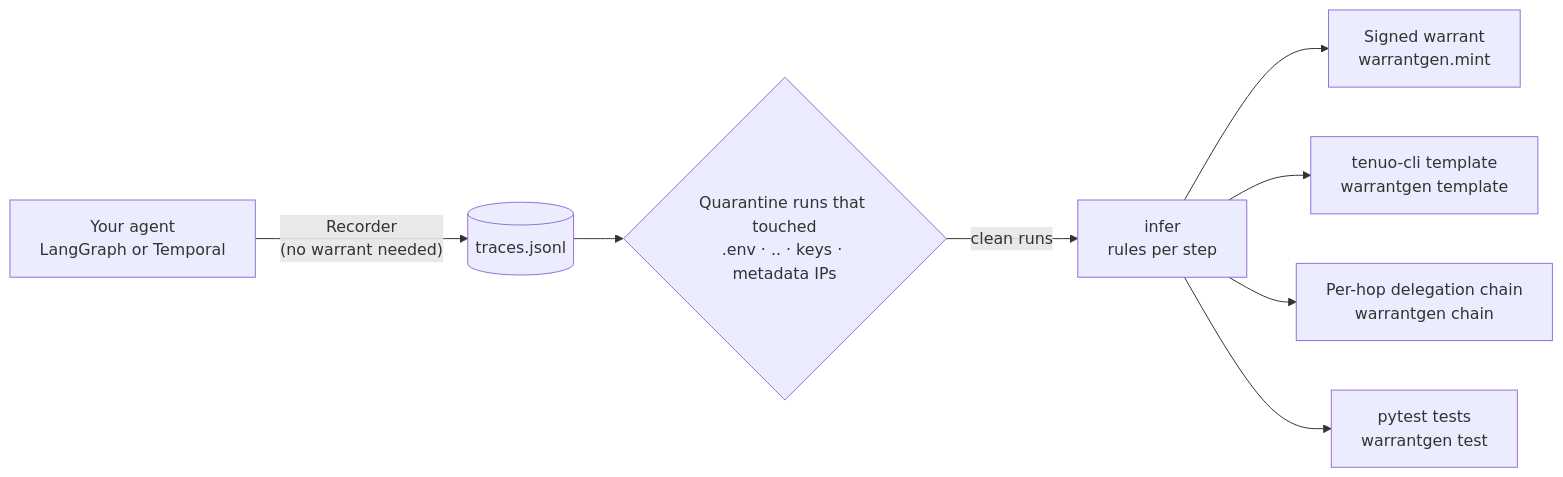
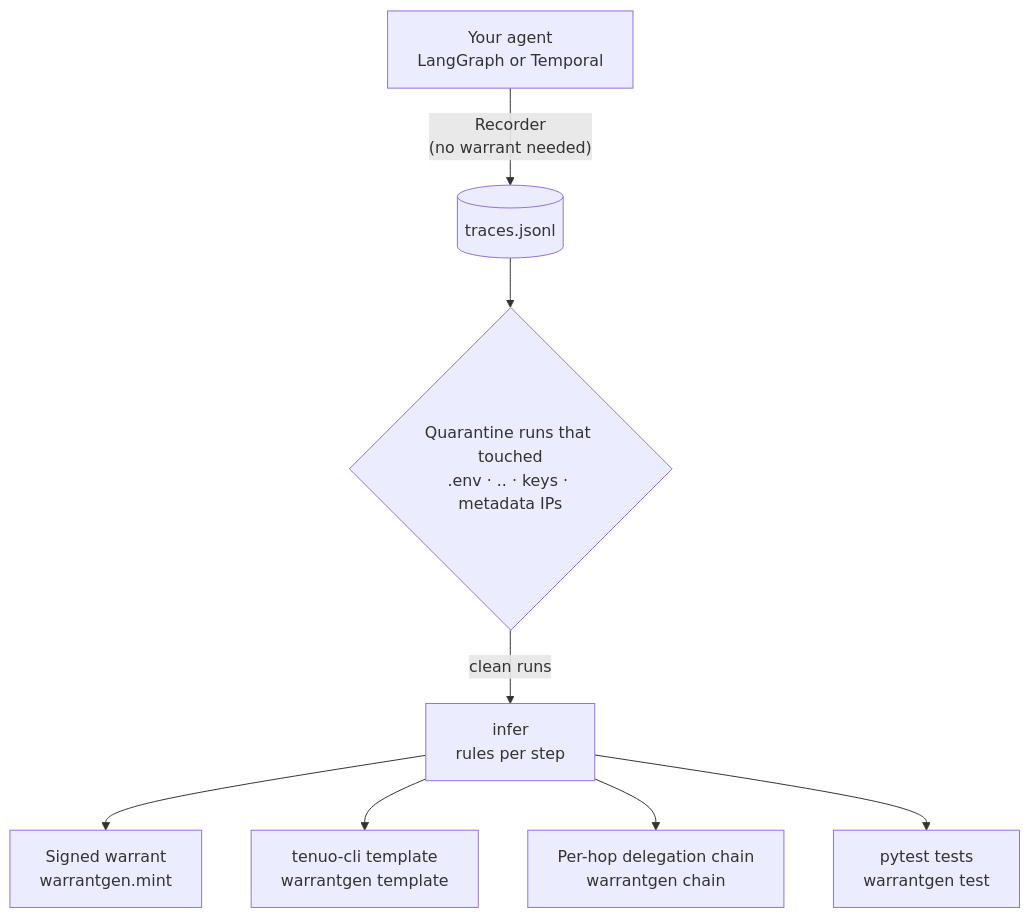
One commit to RajanChavada/warrantgen changed the first of 2 diagrams in README.md. Above: the diagram before and after it, drawn with Mermaid. The commit also changed other lines of this file, not shown here.

````diff
--- a/README.md
+++ b/README.md
@@ -12,10 +12,10 @@
 ```mermaid
-flowchart LR
+flowchart TD
     A["Your agent<br/>LangGraph or Temporal"] -- "Recorder<br/>(no warrant needed)" --> T[("traces.jsonl")]
     T --> Q{"Quarantine runs that touched<br/>.env · .. · keys · metadata IPs"}
     Q -- "clean runs" --> I["infer<br/>rules per step"]
     I --> W["Signed warrant<br/>warrantgen.mint"]
     I --> Y["tenuo-cli template<br/>warrantgen template"]
     I --> C["Per-hop delegation chain<br/>warrantgen chain"]
     I --> P["pytest tests<br/>warrantgen test"]
 ```
````
